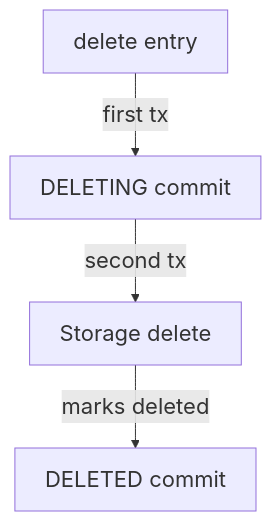
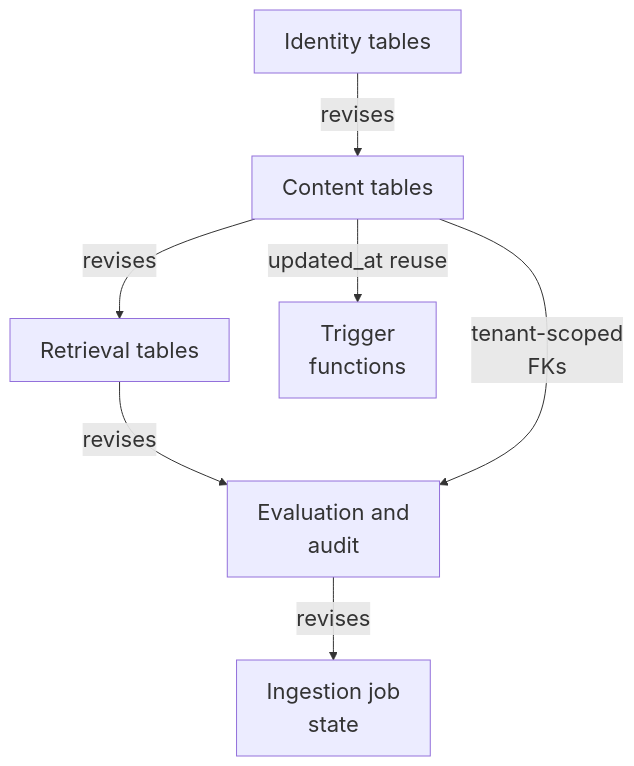
Before and after one commit to Justin-Mendoza/Afterclass: the fourth of 5 diagrams in maps/foundation/README.md, drawn with Mermaid. The commit also changed other lines of this file and 83 other files, not shown here.

````diff
--- a/maps/foundation/README.md
+++ b/maps/foundation/README.md
@@ -128,11 +128,16 @@
 ```mermaid
 %%{init: {"themeVariables": {"fontSize": "22px"}}}%%
 flowchart TD
-  n0["delete entry"]
-  n1["DELETING commit"]
-  n2["Storage delete"]
-  n3["DELETED commit"]
-  n0 -->|"first tx"| n1
-  n1 -->|"second tx"| n2
-  n2 -->|"marks deleted"| n3
+  n0["Identity tables"]
+  n1["Content tables"]
+  n2["Retrieval tables"]
+  n3["Evaluation and<br/>audit"]
+  n4["Ingestion job<br/>state"]
+  n5["Trigger<br/>functions"]
+  n0 -->|"revises"| n1
+  n1 -->|"revises"| n2
+  n2 -->|"revises"| n3
+  n3 -->|"revises"| n4
+  n1 -->|"updated_at reuse"| n5
+  n1 -->|"tenant-scoped<br/>FKs"| n3
 ```
````
